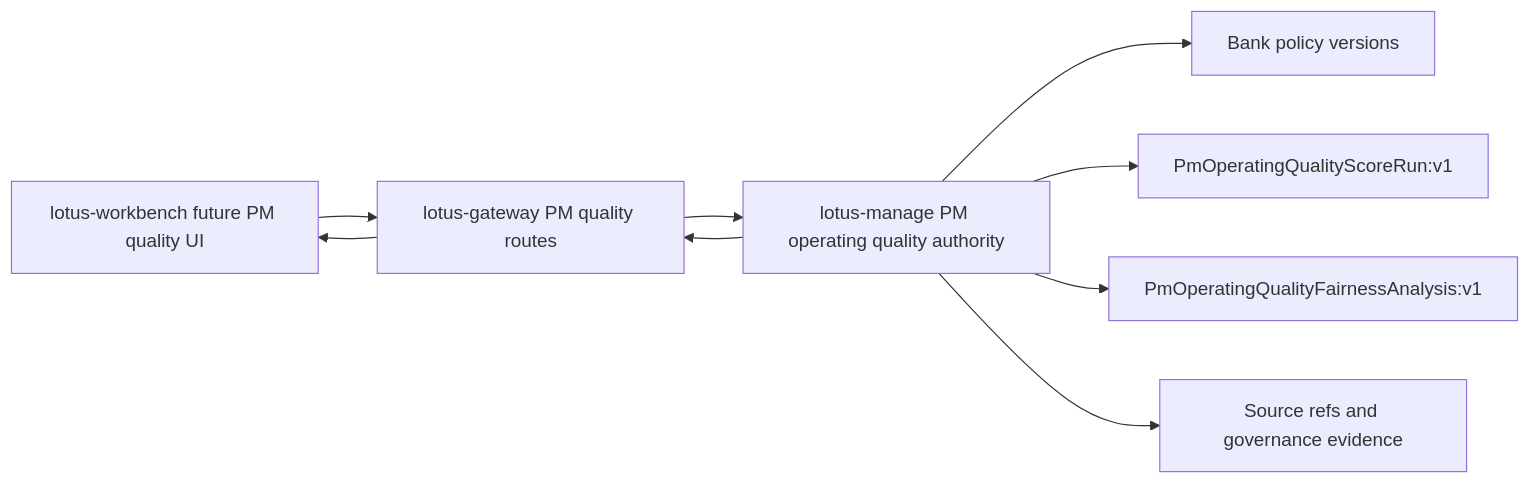
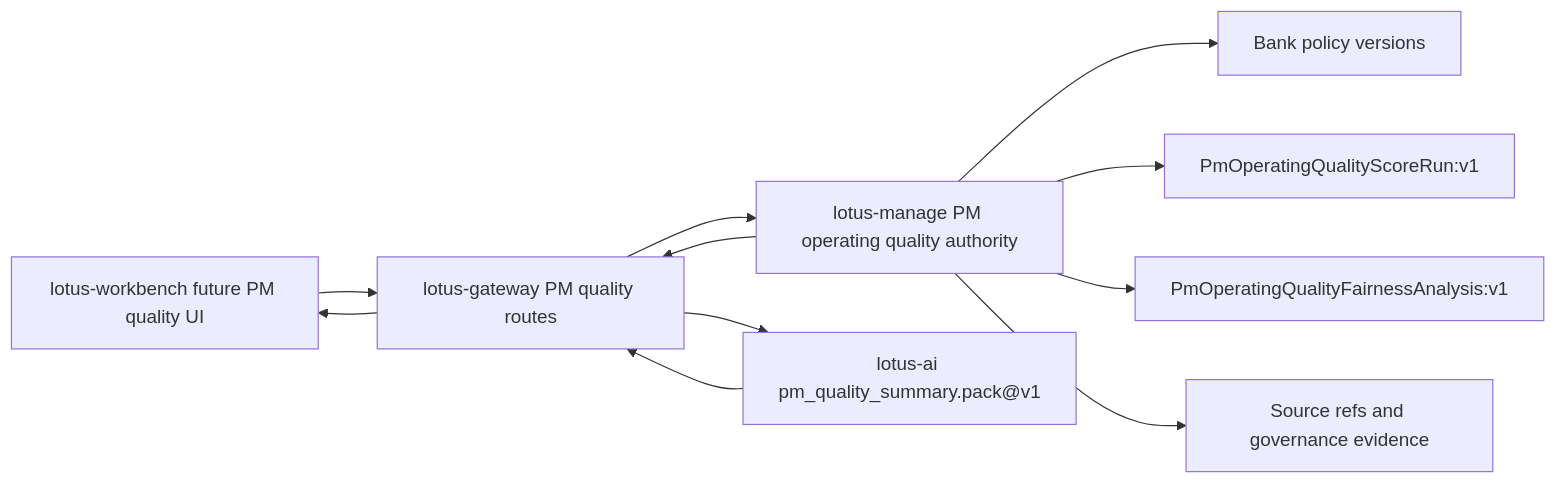
One commit to sgajbi/lotus-gateway changed the fourth of 8 diagrams in wiki/Supported-Features.md. Above: the diagram before and after it, drawn with Mermaid. The commit also changed other lines of this file and 11 other files, not shown here.

Commit message:
Add PM quality summary gateway handoff

````diff
--- a/wiki/Supported-Features.md
+++ b/wiki/Supported-Features.md
@@ -209,11 +212,13 @@
 ```mermaid
 flowchart LR
     Workbench[lotus-workbench future PM quality UI] --> Gateway[lotus-gateway PM quality routes]
     Gateway --> Manage[lotus-manage PM operating quality authority]
+    Gateway --> AI[lotus-ai pm_quality_summary.pack@v1]
     Manage --> Policy[Bank policy versions]
     Manage --> ScoreRun[PmOperatingQualityScoreRun:v1]
     Manage --> Fairness[PmOperatingQualityFairnessAnalysis:v1]
     Manage --> Sources[Source refs and governance evidence]
     Manage --> Gateway
+    AI --> Gateway
     Gateway --> Workbench
 ```
````
